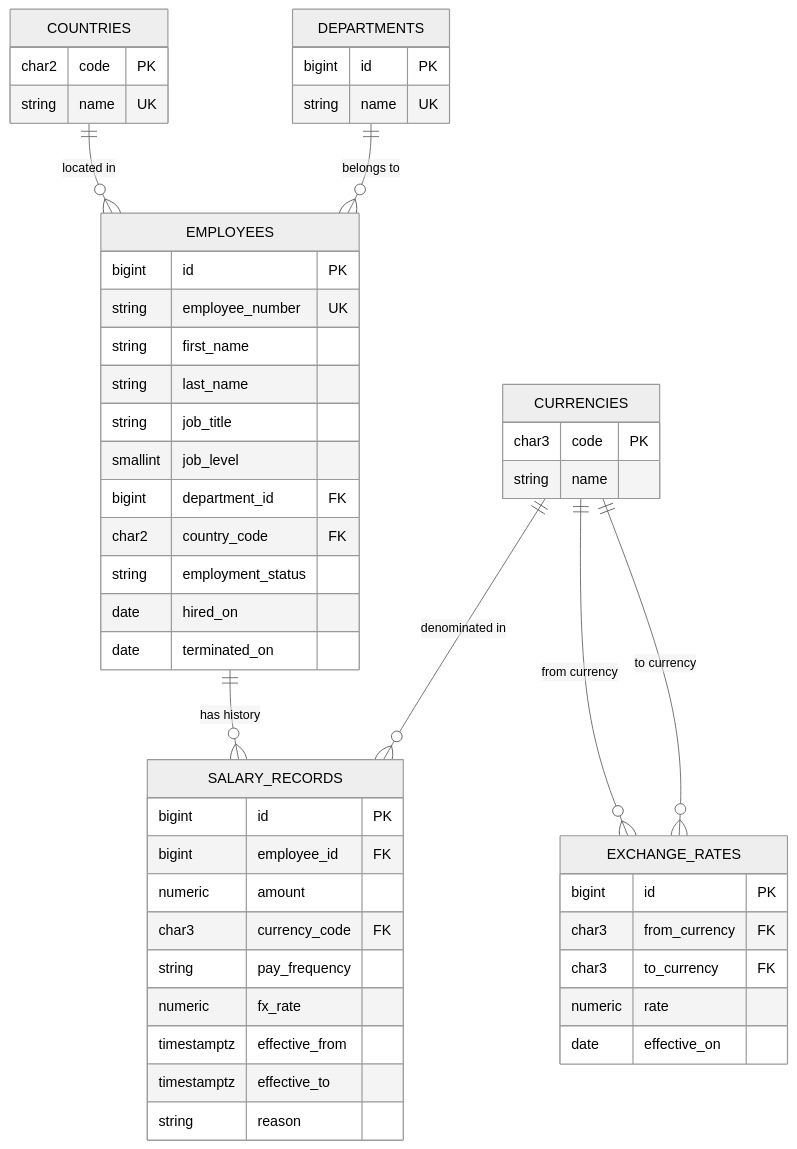
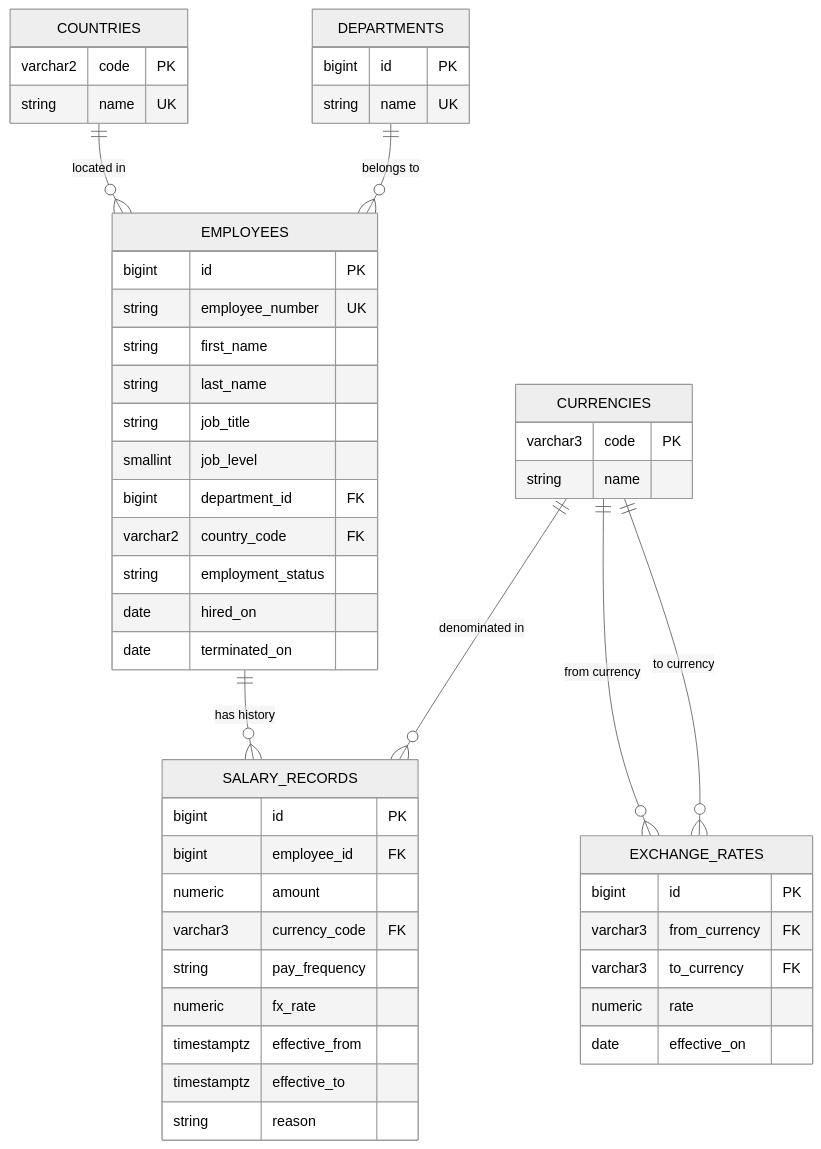
The second of 4 diagrams in docs/architecture.md (vijaypatidar99/acme-salary-management), drawn with Mermaid (neutral theme) before and after one commit. The commit also changed other lines of this file and 156 other files, not shown here.

````diff
--- a/docs/architecture.md
+++ b/docs/architecture.md
@@ -53,53 +62,53 @@
 ```mermaid
 erDiagram
     COUNTRIES ||--o{ EMPLOYEES : "located in"
     DEPARTMENTS ||--o{ EMPLOYEES : "belongs to"
     EMPLOYEES ||--o{ SALARY_RECORDS : "has history"
     CURRENCIES ||--o{ SALARY_RECORDS : "denominated in"
     CURRENCIES ||--o{ EXCHANGE_RATES : "from currency"
     CURRENCIES ||--o{ EXCHANGE_RATES : "to currency"
 
     COUNTRIES {
-        char2 code PK
+        varchar2 code PK
         string name UK
     }
     DEPARTMENTS {
         bigint id PK
         string name UK
     }
     CURRENCIES {
-        char3 code PK
+        varchar3 code PK
         string name
     }
     EMPLOYEES {
         bigint id PK
         string employee_number UK
         string first_name
         string last_name
         string job_title
         smallint job_level
         bigint department_id FK
-        char2 country_code FK
+        varchar2 country_code FK
         string employment_status
         date hired_on
         date terminated_on
     }
     SALARY_RECORDS {
         bigint id PK
         bigint employee_id FK
         numeric amount
-        char3 currency_code FK
+        varchar3 currency_code FK
         string pay_frequency
         numeric fx_rate
         timestamptz effective_from
         timestamptz effective_to
         string reason
     }
     EXCHANGE_RATES {
         bigint id PK
-        char3 from_currency FK
-        char3 to_currency FK
+        varchar3 from_currency FK
+        varchar3 to_currency FK
         numeric rate
         date effective_on
     }
 ```
````
